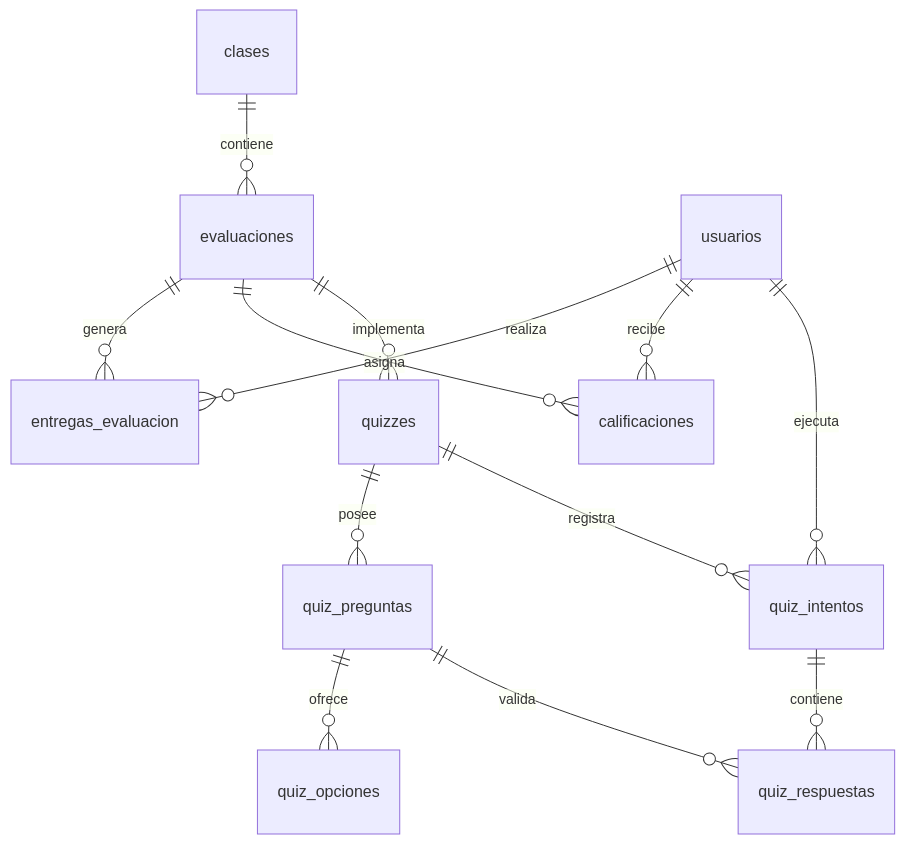
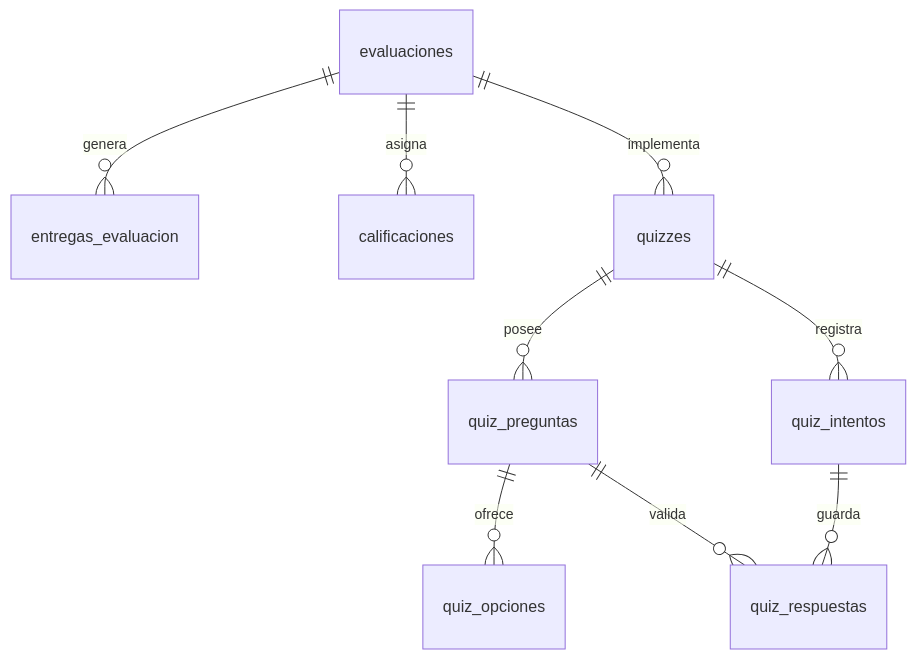
The ninth of 30 diagrams in README.md (Hector-dev/Plataforma_Educativa_Cacique_Tamanaco), drawn with Mermaid before and after one commit. The commit also changed other lines of this file and 1 other file, not shown here.

Commit message:
docs: arreglar render en GitHub y dividir diagramas de componentes por componente

````diff
--- a/README.md
+++ b/README.md
@@ -666,16 +666,11 @@
 ```mermaid
 erDiagram
-    clases ||--o{ evaluaciones : "contiene"
     evaluaciones ||--o{ entregas_evaluacion : "genera"
     evaluaciones ||--o{ calificaciones : "asigna"
     evaluaciones ||--o{ quizzes : "implementa"
-    usuarios ||--o{ entregas_evaluacion : "realiza"
-    usuarios ||--o{ calificaciones : "recibe"
-
     quizzes ||--o{ quiz_preguntas : "posee"
     quiz_preguntas ||--o{ quiz_opciones : "ofrece"
     quizzes ||--o{ quiz_intentos : "registra"
-    usuarios ||--o{ quiz_intentos : "ejecuta"
-    quiz_intentos ||--o{ quiz_respuestas : "contiene"
+    quiz_intentos ||--o{ quiz_respuestas : "guarda"
     quiz_preguntas ||--o{ quiz_respuestas : "valida"
 ```
````
